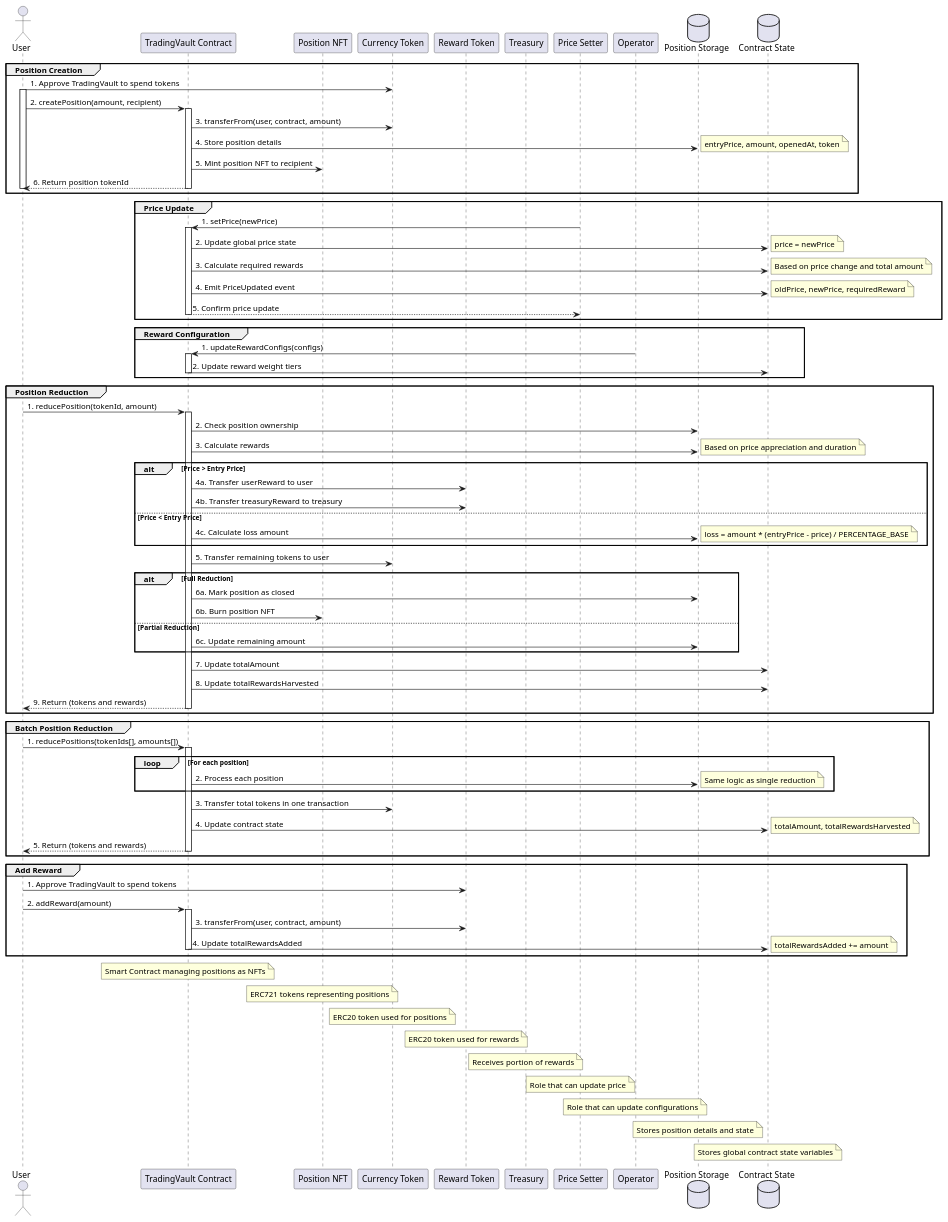
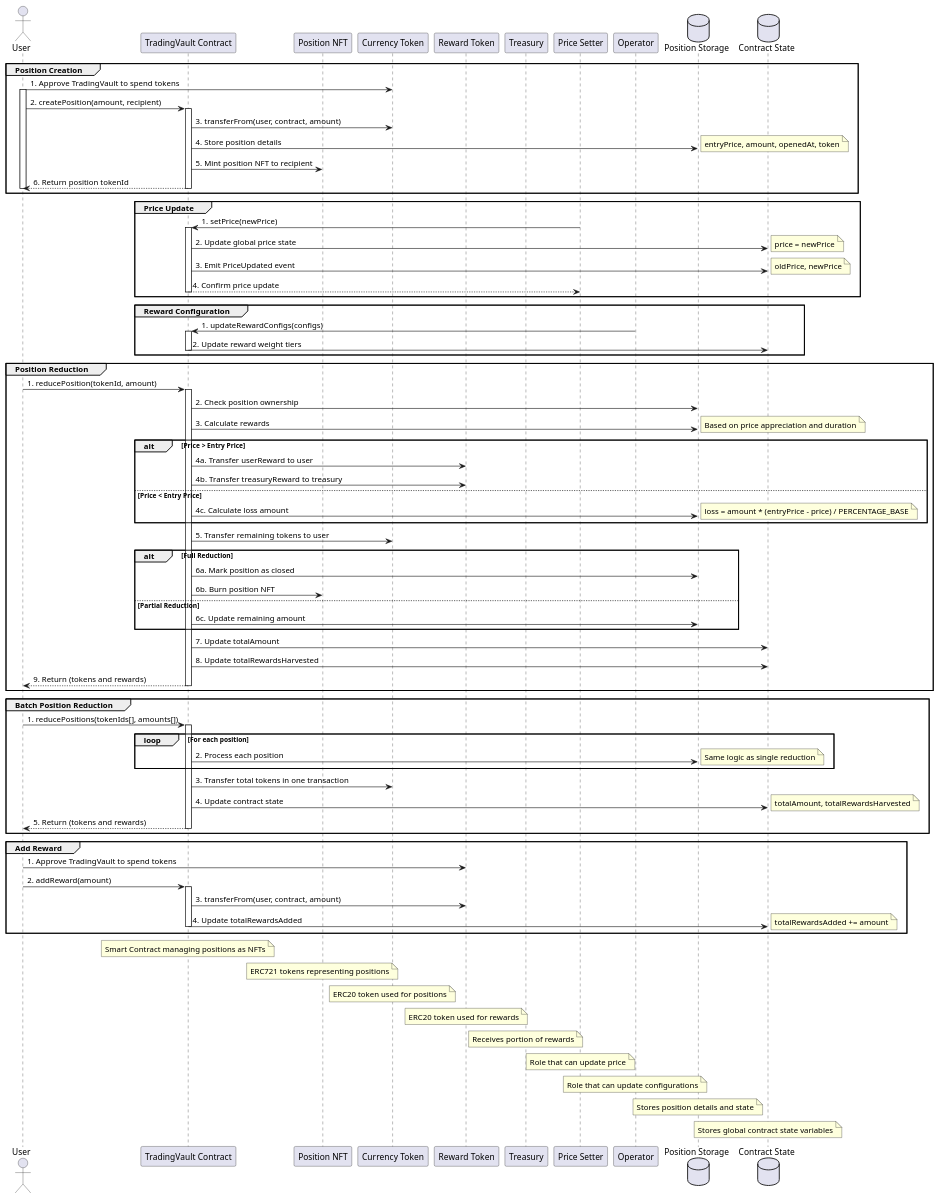
Before and after one commit to nierdna/hermit-diagrams: the diagram in trading_vault_flow_sequence.wsd, drawn with PlantUML.

Commit message:
Simplify TradingVault price update sequence diagram
Streamline the price update flow by:
- Removing explicit reward calculation step
- Reducing the number of interactions with ContractState
- Focusing on core price update and event emission mechanics

```diff
--- a/trading_vault_flow_sequence.wsd
+++ b/trading_vault_flow_sequence.wsd
@@ -1,143 +1,140 @@
 @startuml TradingVault User Flow Sequence
 
 ' Define participants
 actor User
 participant "TradingVault Contract" as TradingVault
 participant "Position NFT" as NFT
 participant "Currency Token" as Currency
 participant "Reward Token" as RewardToken
 participant "Treasury" as Treasury
 participant "Price Setter" as PriceSetter
 participant "Operator" as Operator
 database "Position Storage" as PositionStorage
 database "Contract State" as ContractState
 
 ' Style
 skinparam sequence {
     ParticipantBackgroundColor LightBlue
     ActorBackgroundColor LightGreen
     DatabaseBackgroundColor LightPink
     LifeLineColor Gray
     BorderColor Black
 }
 
 ' Position Creation Flow
 group Position Creation
     User -> Currency: 1. Approve TradingVault to spend tokens
     activate User
     
     User -> TradingVault: 2. createPosition(amount, recipient)
     activate TradingVault
     
     TradingVault -> Currency: 3. transferFrom(user, contract, amount)
     TradingVault -> PositionStorage: 4. Store position details
     note right: entryPrice, amount, openedAt, token
     
     TradingVault -> NFT: 5. Mint position NFT to recipient
     TradingVault --> User: 6. Return position tokenId
     deactivate TradingVault
     deactivate User
 end
 
 ' Price Update Flow
 group Price Update
     PriceSetter -> TradingVault: 1. setPrice(newPrice)
     activate TradingVault
     
     TradingVault -> ContractState: 2. Update global price state
     note right: price = newPrice
     
-    TradingVault -> ContractState: 3. Calculate required rewards
-    note right: Based on price change and total amount
+    TradingVault -> ContractState: 3. Emit PriceUpdated event
+    note right: oldPrice, newPrice
     
-    TradingVault -> ContractState: 4. Emit PriceUpdated event
-    note right: oldPrice, newPrice, requiredReward
-    
-    TradingVault --> PriceSetter: 5. Confirm price update
+    TradingVault --> PriceSetter: 4. Confirm price update
     deactivate TradingVault
 end
 
 ' Reward Configuration Flow
 group Reward Configuration
     Operator -> TradingVault: 1. updateRewardConfigs(configs)
     activate TradingVault
     TradingVault -> ContractState: 2. Update reward weight tiers
     deactivate TradingVault
 end
 
 ' Position Reduction Flow
 group Position Reduction
     User -> TradingVault: 1. reducePosition(tokenId, amount)
     activate TradingVault
     
     TradingVault -> PositionStorage: 2. Check position ownership
     TradingVault -> PositionStorage: 3. Calculate rewards
     note right: Based on price appreciation and duration
     
     alt Price > Entry Price
         TradingVault -> RewardToken: 4a. Transfer userReward to user
         TradingVault -> RewardToken: 4b. Transfer treasuryReward to treasury
     else Price < Entry Price
         TradingVault -> PositionStorage: 4c. Calculate loss amount
         note right: loss = amount * (entryPrice - price) / PERCENTAGE_BASE
     end
     
     TradingVault -> Currency: 5. Transfer remaining tokens to user
     
     alt Full Reduction
         TradingVault -> PositionStorage: 6a. Mark position as closed
         TradingVault -> NFT: 6b. Burn position NFT
     else Partial Reduction
         TradingVault -> PositionStorage: 6c. Update remaining amount
     end
     
     TradingVault -> ContractState: 7. Update totalAmount
     TradingVault -> ContractState: 8. Update totalRewardsHarvested
     
     TradingVault --> User: 9. Return (tokens and rewards)
     deactivate TradingVault
 end
 
 ' Batch Position Reduction Flow
 group Batch Position Reduction
     User -> TradingVault: 1. reducePositions(tokenIds[], amounts[])
     activate TradingVault
     
     loop For each position
         TradingVault -> PositionStorage: 2. Process each position
         note right: Same logic as single reduction
     end
     
     TradingVault -> Currency: 3. Transfer total tokens in one transaction
     TradingVault -> ContractState: 4. Update contract state
     note right: totalAmount, totalRewardsHarvested
     
     TradingVault --> User: 5. Return (tokens and rewards)
     deactivate TradingVault
 end
 
 ' Add Reward Flow
 group Add Reward
     User -> RewardToken: 1. Approve TradingVault to spend tokens
     User -> TradingVault: 2. addReward(amount)
     activate TradingVault
     
     TradingVault -> RewardToken: 3. transferFrom(user, contract, amount)
     TradingVault -> ContractState: 4. Update totalRewardsAdded
     note right: totalRewardsAdded += amount
     
     deactivate TradingVault
 end
 
 ' Add notes
 note over TradingVault: Smart Contract managing positions as NFTs
 note over NFT: ERC721 tokens representing positions
 note over Currency: ERC20 token used for positions
 note over RewardToken: ERC20 token used for rewards
 note over Treasury: Receives portion of rewards
 note over PriceSetter: Role that can update price
 note over Operator: Role that can update configurations
 note over PositionStorage: Stores position details and state
 note over ContractState: Stores global contract state variables
 
 @enduml 
```
